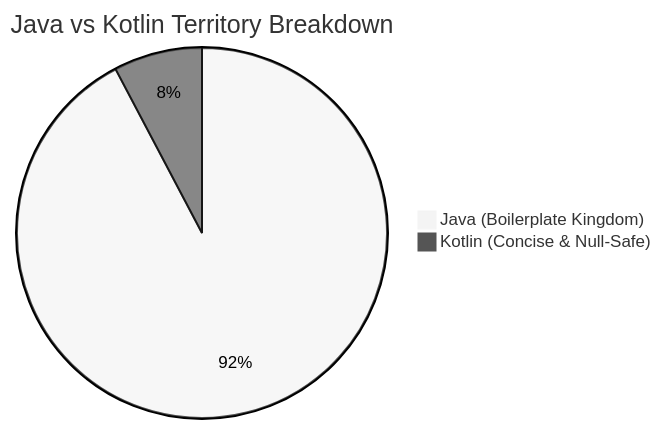
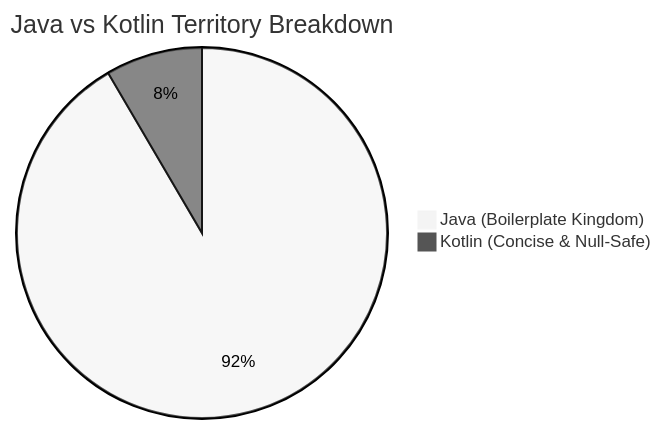
The first of 3 diagrams in KOTLIN_MIGRATION_REPORT.md (solomonrajan/cashledger), drawn with Mermaid (neutral theme) before and after one commit. The commit also changed other lines of this file and 6 other files, not shown here.

````diff
--- a/KOTLIN_MIGRATION_REPORT.md
+++ b/KOTLIN_MIGRATION_REPORT.md
@@ -19,5 +19,5 @@
 ```mermaid
 pie title Java vs Kotlin Territory Breakdown
-    "Java (Boilerplate Kingdom)" : 490
-    "Kotlin (Concise & Null-Safe)" : 41
+    "Java (Boilerplate Kingdom)" : 488
+    "Kotlin (Concise & Null-Safe)" : 45
 ```
````
